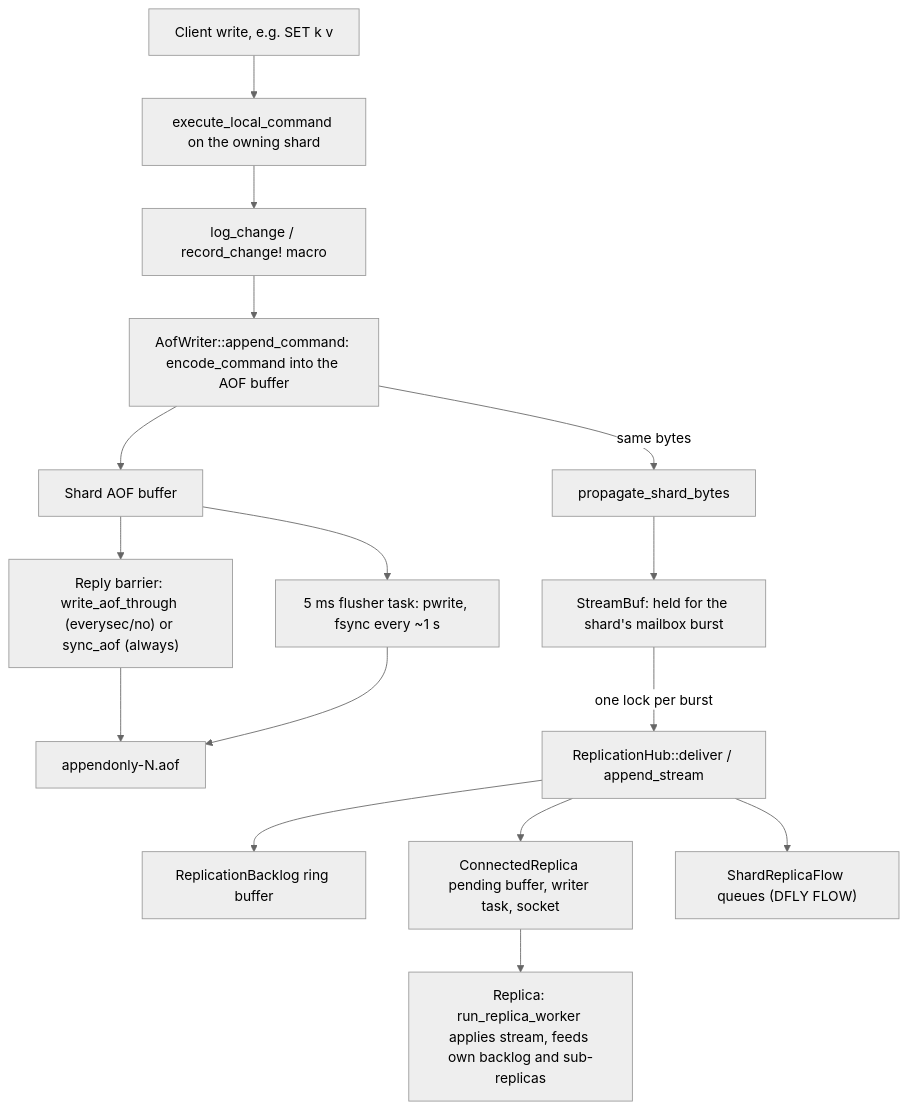
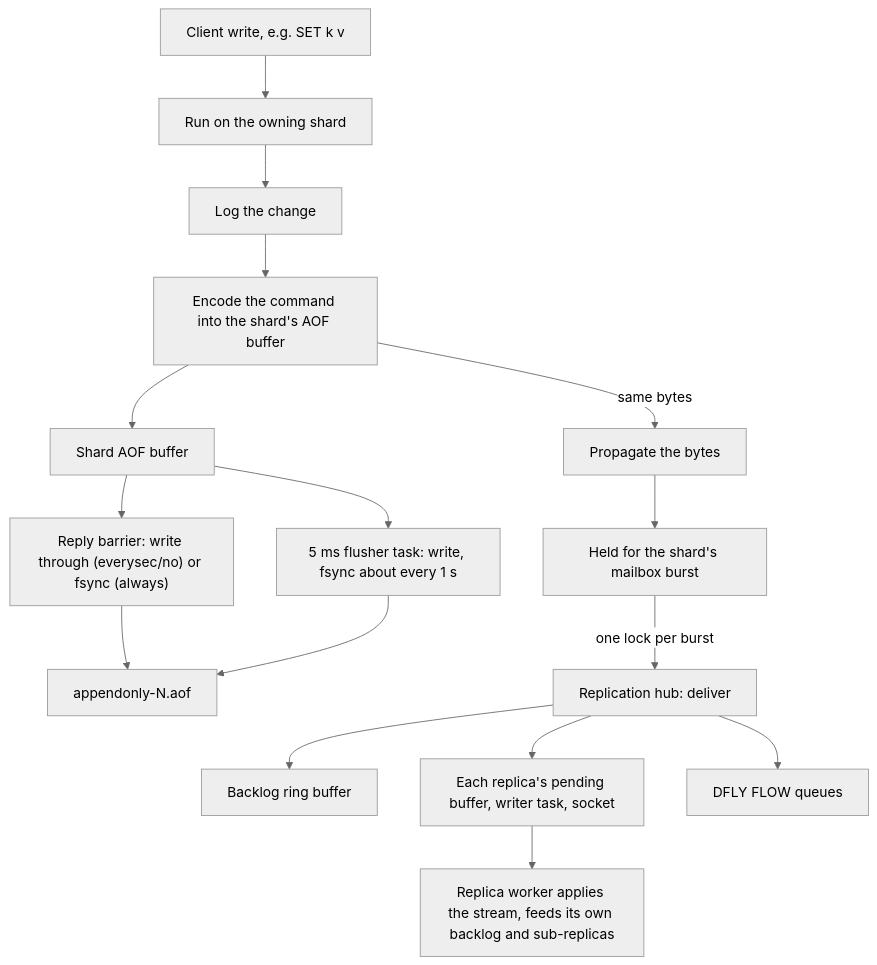
The first of 3 diagrams in docs/internal/14_persistence_replication.md (warrenzhu25/rudis), drawn with Mermaid (neutral theme) before and after one commit. The commit also changed other lines of this file, not shown here.

First line of the commit message:
docs(internal): rewrite persistence and replication guide in the prose-first style

````diff
--- a/docs/internal/14_persistence_replication.md
+++ b/docs/internal/14_persistence_replication.md
@@ -48,18 +51,18 @@
 ```mermaid
 flowchart TD
-    W["Client write, e.g. SET k v"] --> X["execute_local_command on the owning shard"]
-    X --> L["log_change / record_change! macro"]
-    L --> E["AofWriter::append_command: encode_command into the AOF buffer"]
+    W["Client write, e.g. SET k v"] --> X["Run on the owning shard"]
+    X --> L["Log the change"]
+    L --> E["Encode the command into the shard's AOF buffer"]
     E --> B["Shard AOF buffer"]
-    B --> F1["Reply barrier: write_aof_through (everysec/no) or sync_aof (always)"]
-    B --> F2["5 ms flusher task: pwrite, fsync every ~1 s"]
+    B --> F1["Reply barrier: write through (everysec/no) or fsync (always)"]
+    B --> F2["5 ms flusher task: write, fsync about every 1 s"]
     F1 --> D["appendonly-N.aof"]
     F2 --> D
-    E -- "same bytes" --> P["propagate_shard_bytes"]
-    P --> SB["StreamBuf: held for the shard's mailbox burst"]
-    SB -- "one lock per burst" --> H["ReplicationHub::deliver / append_stream"]
-    H --> BL["ReplicationBacklog ring buffer"]
-    H --> R1["ConnectedReplica pending buffer, writer task, socket"]
-    H --> R2["ShardReplicaFlow queues (DFLY FLOW)"]
-    R1 --> RW["Replica: run_replica_worker applies stream, feeds own backlog and sub-replicas"]
+    E -- "same bytes" --> P["Propagate the bytes"]
+    P --> SB["Held for the shard's mailbox burst"]
+    SB -- "one lock per burst" --> H["Replication hub: deliver"]
+    H --> BL["Backlog ring buffer"]
+    H --> R1["Each replica's pending buffer, writer task, socket"]
+    H --> R2["DFLY FLOW queues"]
+    R1 --> RW["Replica worker applies the stream, feeds its own backlog and sub-replicas"]
 ```
````
